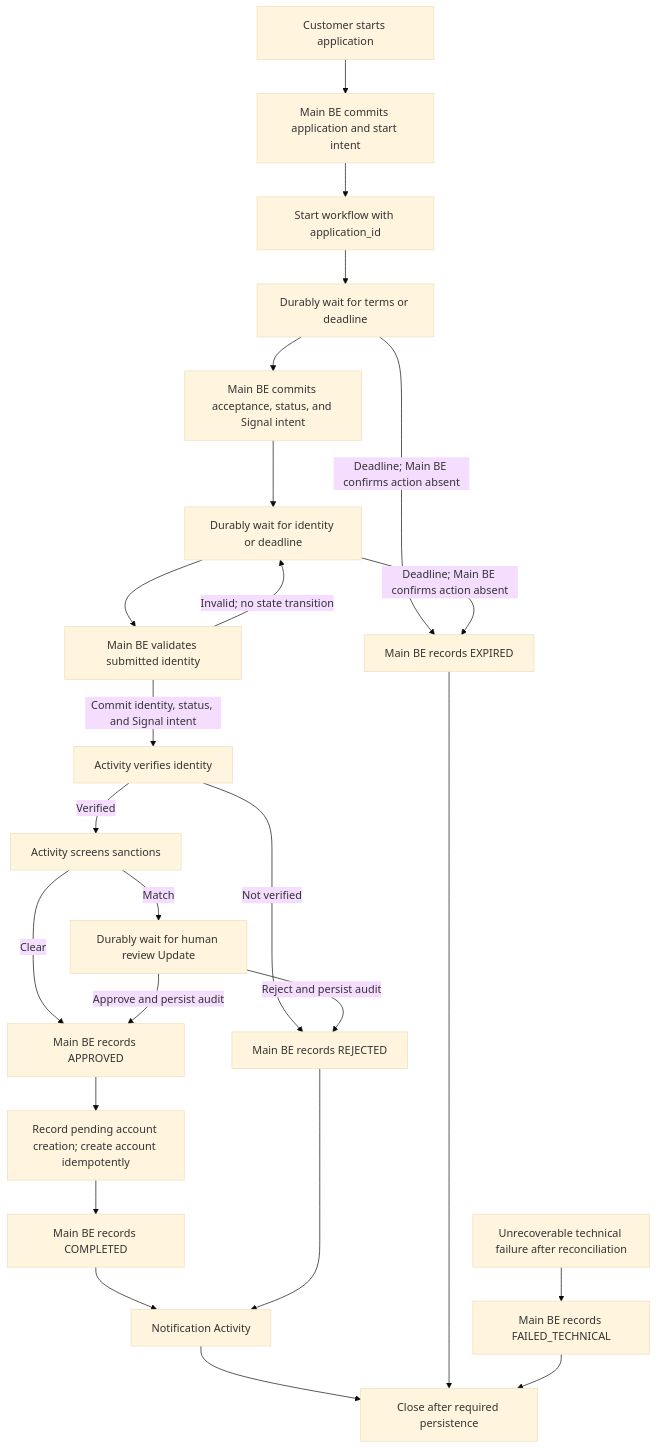
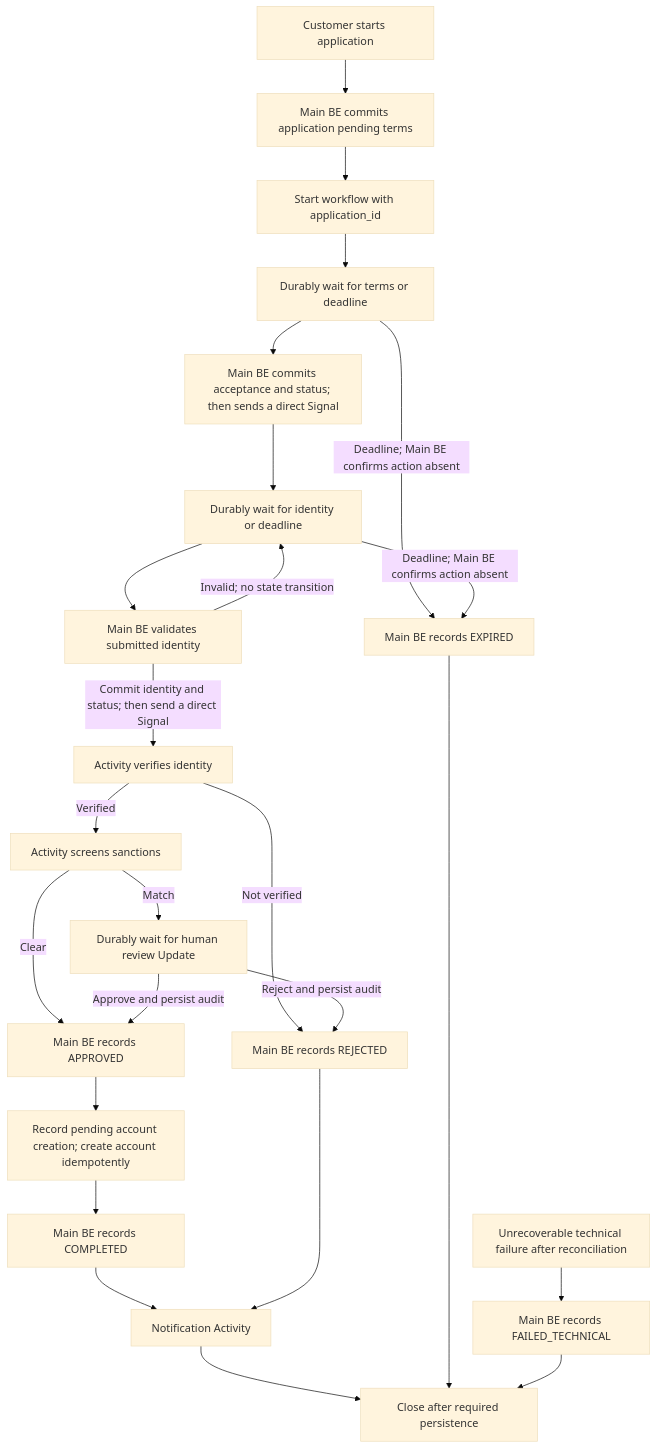
Before and after one commit to NguyenHoangNguyen22120236/Lite-Bank-Account-Onboarding: the first of 2 diagrams in docs/AI/onboarding-flow.md, drawn with Mermaid (base theme). The commit also changed other lines of this file and 31 other files, not shown here.

First line of the commit message:
feat(application): move Temporal startup to StartApplication

````diff
--- a/docs/AI/onboarding-flow.md
+++ b/docs/AI/onboarding-flow.md
@@ -6,27 +7,27 @@
 ```mermaid
 flowchart TD
-    Start[Customer starts application] --> Persist[Main BE commits application and start intent]
+    Start[Customer starts application] --> Persist[Main BE commits application pending terms]
     Persist --> Startup[Start workflow with application_id]
     Startup --> Terms[Durably wait for terms or deadline]
-    Terms --> Accept[Main BE commits acceptance, status, and Signal intent]
+    Terms --> Accept[Main BE commits acceptance and status; then sends a direct Signal]
     Accept --> Identity[Durably wait for identity or deadline]
     Identity --> Validate[Main BE validates submitted identity]
     Validate -->|Invalid; no state transition| Identity
-    Validate -->|Commit identity, status, and Signal intent| Verify[Activity verifies identity]
+    Validate -->|Commit identity and status; then send a direct Signal| Verify[Activity verifies identity]
     Verify -->|Not verified| Reject[Main BE records REJECTED]
     Verify -->|Verified| Screen[Activity screens sanctions]
     Screen -->|Clear| Approve[Main BE records APPROVED]
     Screen -->|Match| Review[Durably wait for human review Update]
     Review -->|Approve and persist audit| Approve
     Review -->|Reject and persist audit| Reject
     Approve --> Account[Record pending account creation; create account idempotently]
     Account --> Complete[Main BE records COMPLETED]
     Terms -->|Deadline; Main BE confirms action absent| Expire[Main BE records EXPIRED]
     Identity -->|Deadline; Main BE confirms action absent| Expire
     Complete --> Notify[Notification Activity]
     Reject --> Notify
     Notify --> End[Close after required persistence]
     Expire --> End
     Technical[Unrecoverable technical failure after reconciliation] --> Failed[Main BE records FAILED_TECHNICAL]
     Failed --> End
 ```
````
